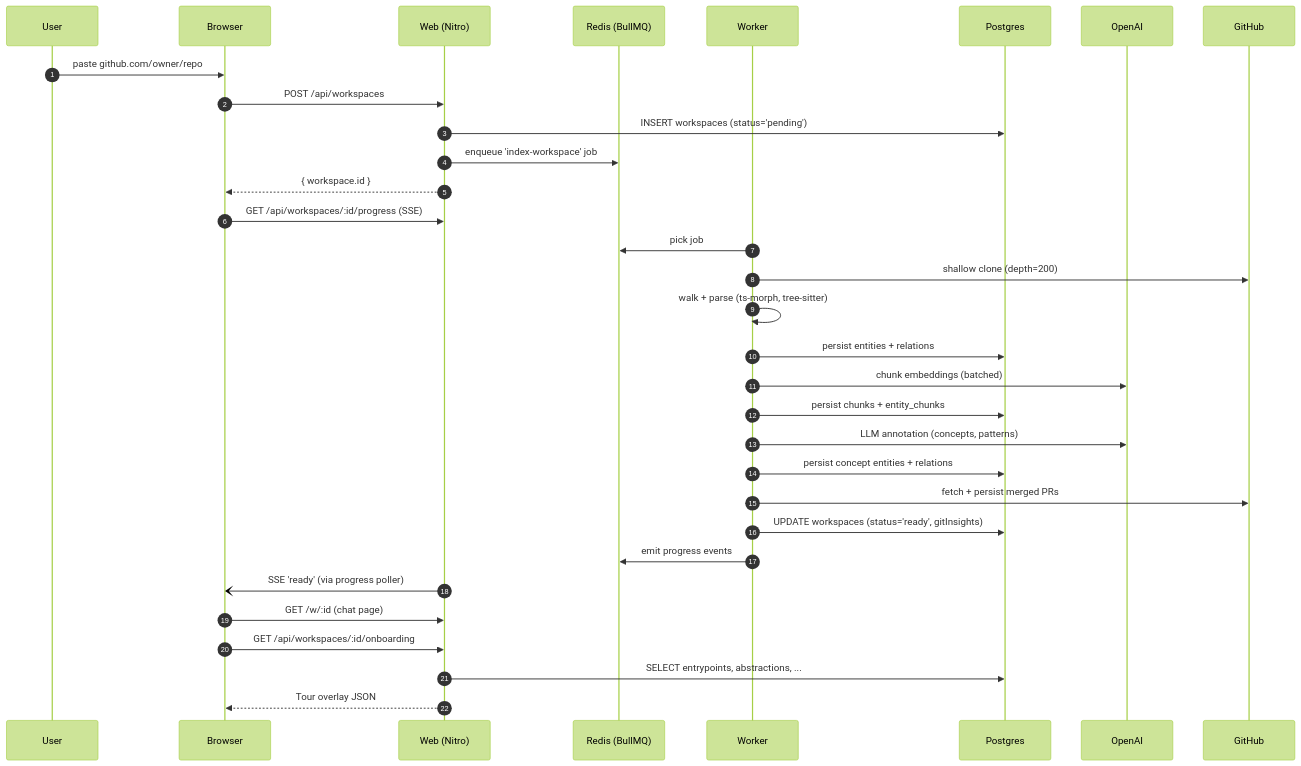
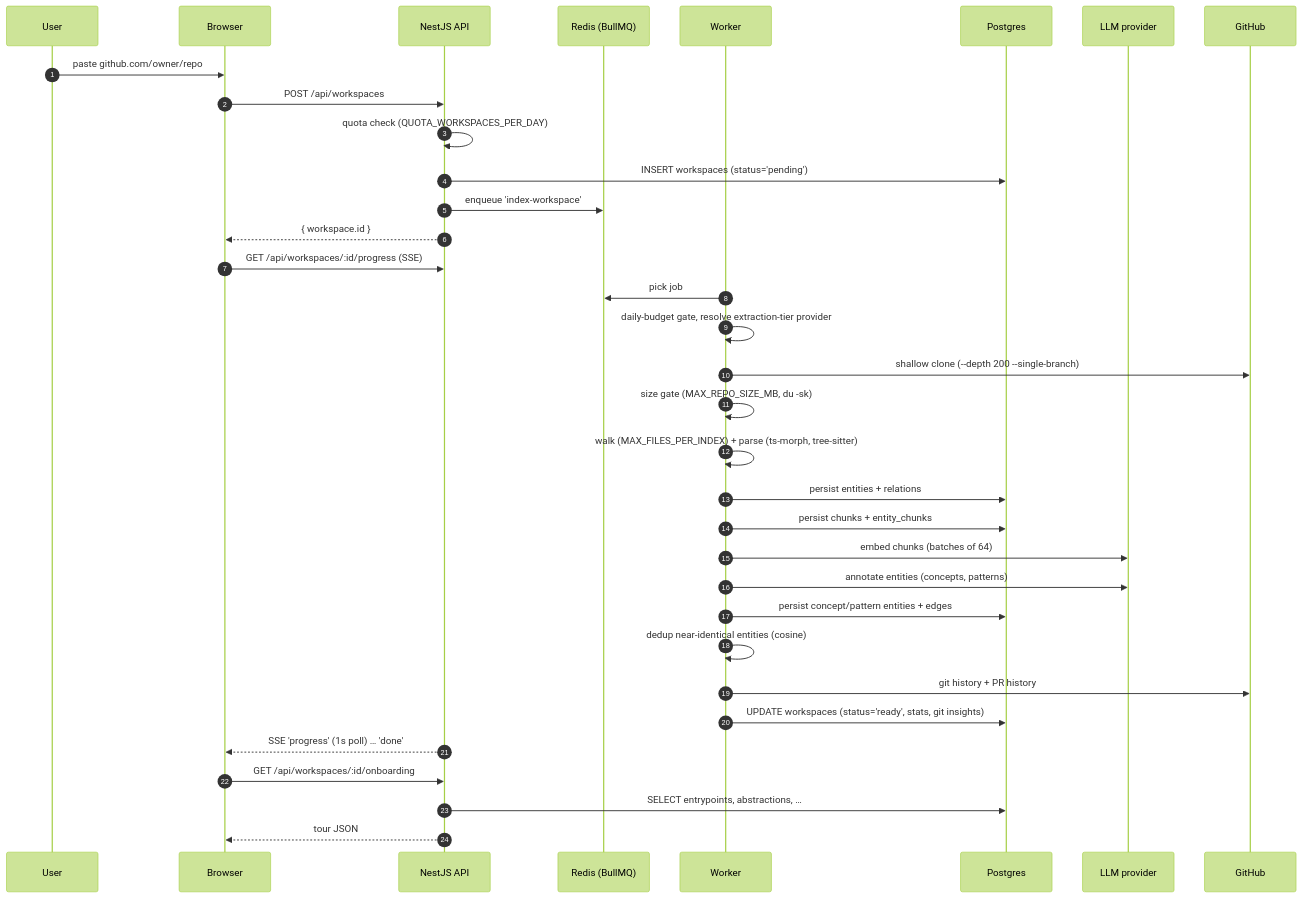
The second of 4 diagrams in docs/architecture.md (psyspeedi/repobuddy), drawn with Mermaid (forest theme) before and after one commit. The commit also changed other lines of this file and 7 other files, not shown here.

````diff
--- a/docs/architecture.md
+++ b/docs/architecture.md
@@ -50,37 +95,39 @@
 ```mermaid
 sequenceDiagram
     autonumber
     participant U as User
     participant B as Browser
-    participant W as Web (Nitro)
+    participant A as NestJS API
     participant Q as Redis (BullMQ)
     participant K as Worker
     participant P as Postgres
-    participant O as OpenAI
+    participant O as LLM provider
     participant G as GitHub
 
     U->>B: paste github.com/owner/repo
-    B->>W: POST /api/workspaces
-    W->>P: INSERT workspaces (status='pending')
-    W->>Q: enqueue 'index-workspace' job
-    W-->>B: { workspace.id }
-    B->>W: GET /api/workspaces/:id/progress (SSE)
+    B->>A: POST /api/workspaces
+    A->>A: quota check (QUOTA_WORKSPACES_PER_DAY)
+    A->>P: INSERT workspaces (status='pending')
+    A->>Q: enqueue 'index-workspace'
+    A-->>B: { workspace.id }
+    B->>A: GET /api/workspaces/:id/progress (SSE)
 
     K->>Q: pick job
-    K->>G: shallow clone (depth=200)
-    K->>K: walk + parse (ts-morph, tree-sitter)
+    K->>K: daily-budget gate, resolve extraction-tier provider
+    K->>G: shallow clone (--depth 200 --single-branch)
+    K->>K: size gate (MAX_REPO_SIZE_MB, du -sk)
+    K->>K: walk (MAX_FILES_PER_INDEX) + parse (ts-morph, tree-sitter)
     K->>P: persist entities + relations
-    K->>O: chunk embeddings (batched)
     K->>P: persist chunks + entity_chunks
-    K->>O: LLM annotation (concepts, patterns)
-    K->>P: persist concept entities + relations
-    K->>G: fetch + persist merged PRs
-    K->>P: UPDATE workspaces (status='ready', gitInsights)
-    K->>Q: emit progress events
+    K->>O: embed chunks (batches of 64)
+    K->>O: annotate entities (concepts, patterns)
+    K->>P: persist concept/pattern entities + edges
+    K->>K: dedup near-identical entities (cosine)
+    K->>G: git history + PR history
+    K->>P: UPDATE workspaces (status='ready', stats, git insights)
 
-    W-)B: SSE 'ready' (via progress poller)
-    B->>W: GET /w/:id  (chat page)
-    B->>W: GET /api/workspaces/:id/onboarding
-    W->>P: SELECT entrypoints, abstractions, ...
-    W-->>B: Tour overlay JSON
+    A-->>B: SSE 'progress' (1s poll) … 'done'
+    B->>A: GET /api/workspaces/:id/onboarding
+    A->>P: SELECT entrypoints, abstractions, …
+    A-->>B: tour JSON
 ```
````
